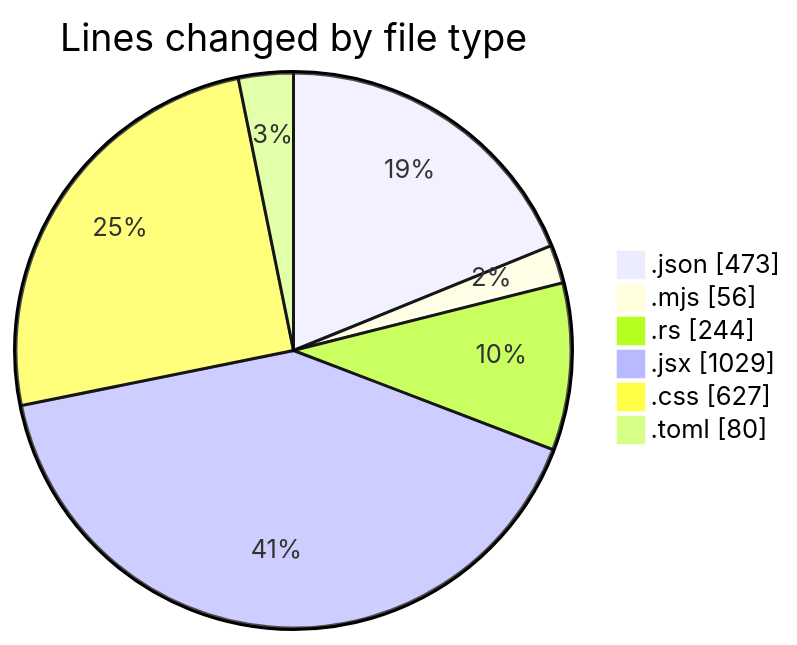
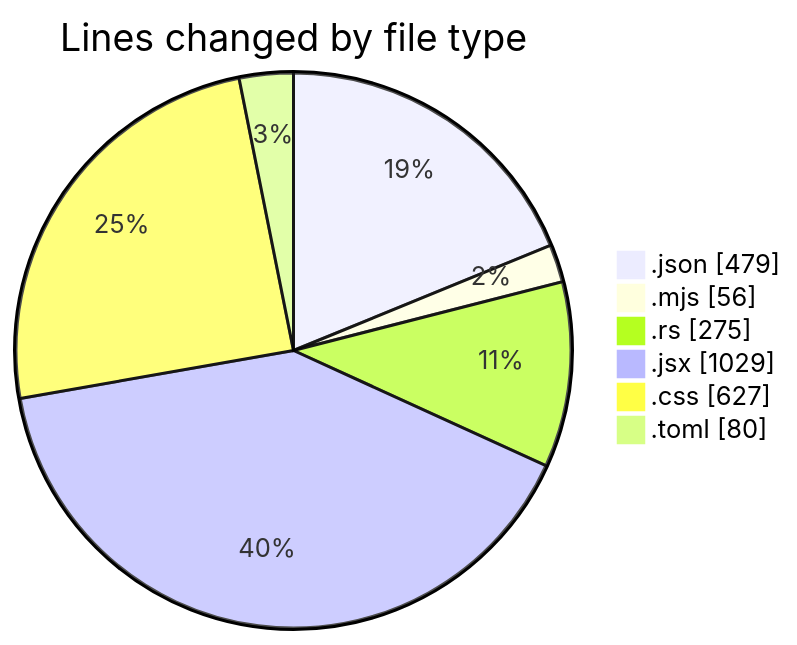
Before and after one commit to charlie-sans/code-tracking: the first of 2 diagrams in 2025-01-28/trollerboard/README.md, drawn with Mermaid. The commit also changed other lines of this file and 1 other file, not shown here.

````diff
--- a/2025-01-28/trollerboard/README.md
+++ b/2025-01-28/trollerboard/README.md
@@ -30,10 +30,10 @@
 ```mermaid
 pie showData
 title Lines changed by file type
-".json" : 473
+".json" : 479
 ".mjs" : 56
-".rs" : 244
+".rs" : 275
 ".jsx" : 1029
 ".css" : 627
 ".toml" : 80
 ```
````
